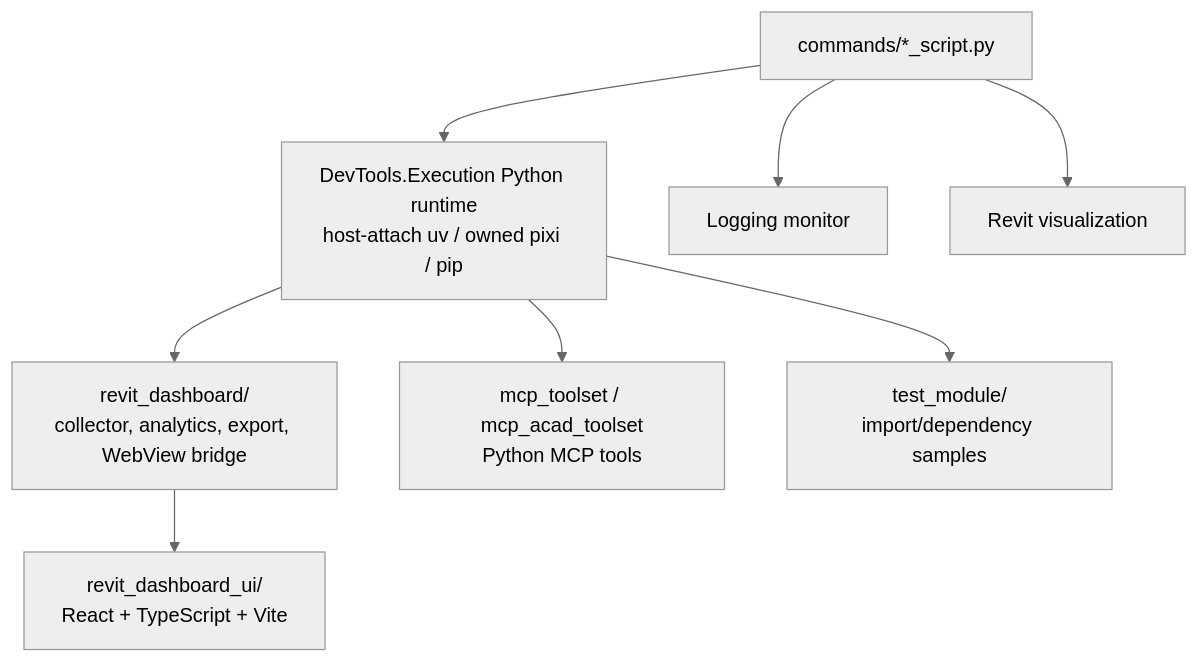
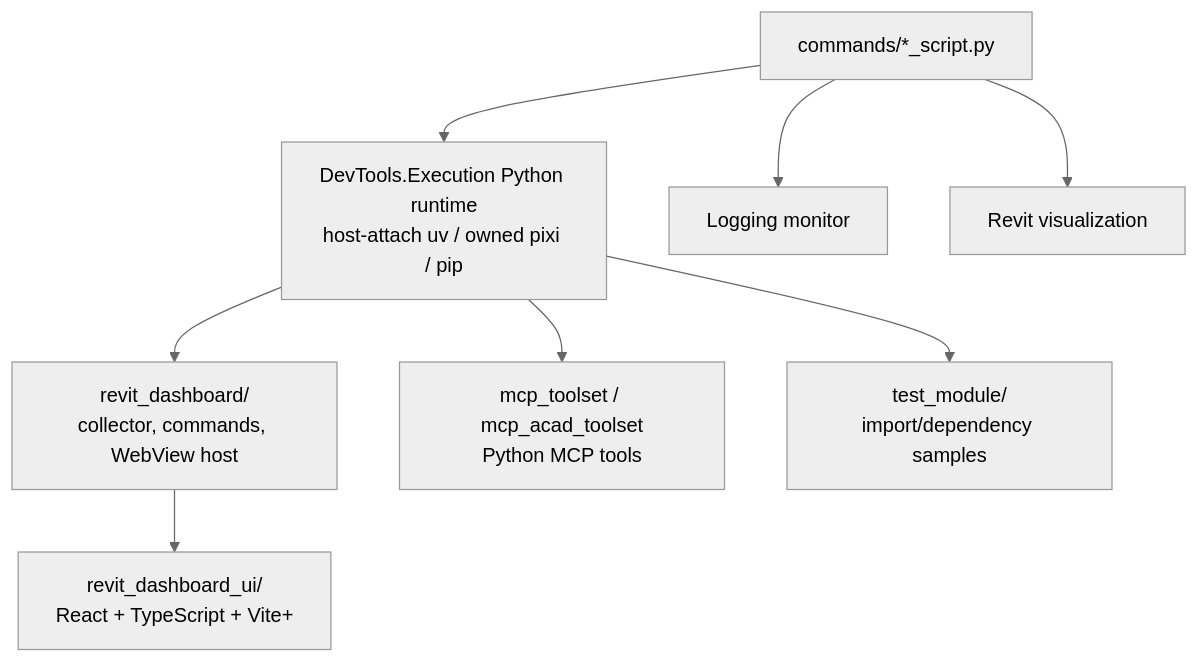
One commit to trgiangv/RevitDevTool changed the diagram in docs/architecture/PythonDemo/README.md. Above: the diagram before and after it, drawn with Mermaid (neutral theme). The commit also changed other lines of this file and 83 other files, not shown here.

````diff
--- a/docs/architecture/PythonDemo/README.md
+++ b/docs/architecture/PythonDemo/README.md
@@ -24,19 +24,19 @@
 ```mermaid
 flowchart TB
     Commands["commands/*_script.py"]
     Runtime["DevTools.Execution Python runtime\nhost-attach uv / owned pixi / pip"]
-    Dashboard["revit_dashboard/\ncollector, analytics, export, WebView bridge"]
-    UI["revit_dashboard_ui/\nReact + TypeScript + Vite"]
+    Dashboard["revit_dashboard/\ncollector, commands, WebView host"]
+    UI["revit_dashboard_ui/\nReact + TypeScript + Vite+"]
     MCP["mcp_toolset / mcp_acad_toolset\nPython MCP tools"]
     TestModule["test_module/\nimport/dependency samples"]
     Logging["Logging monitor"]
     Viz["Revit visualization"]
 
     Commands --> Runtime
     Runtime --> Dashboard
     Dashboard --> UI
     Runtime --> MCP
     Runtime --> TestModule
     Commands --> Logging
     Commands --> Viz
 ```
````
